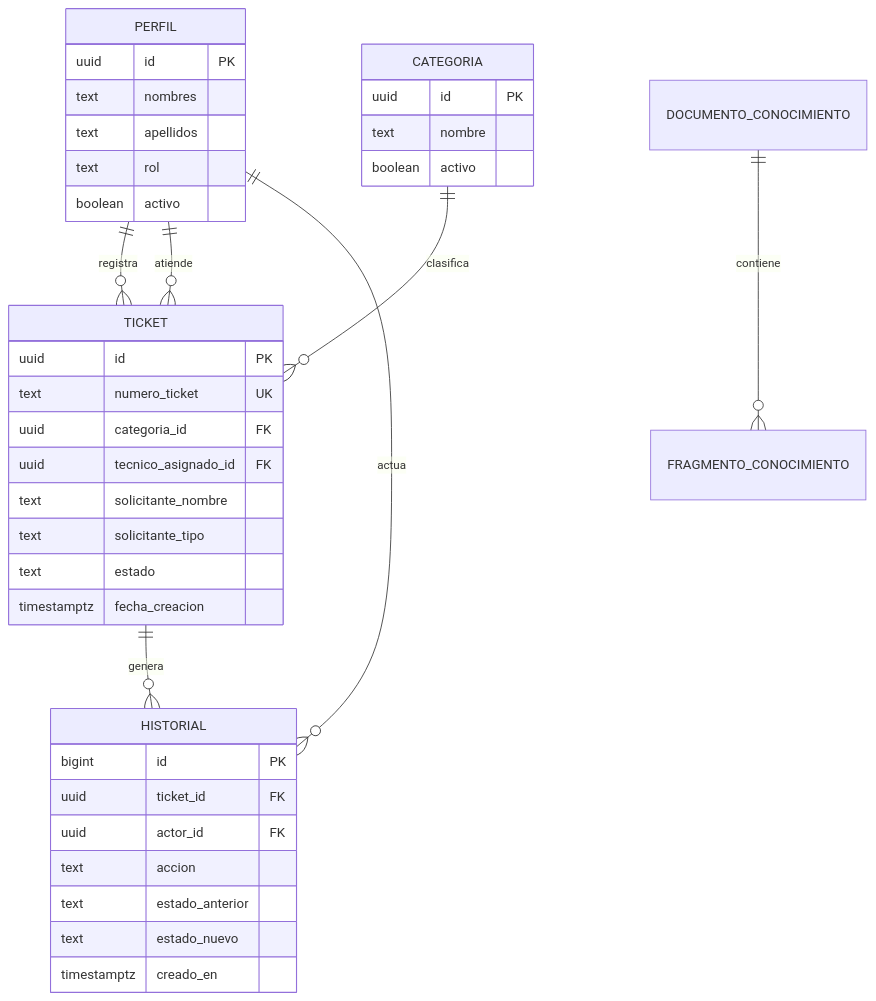
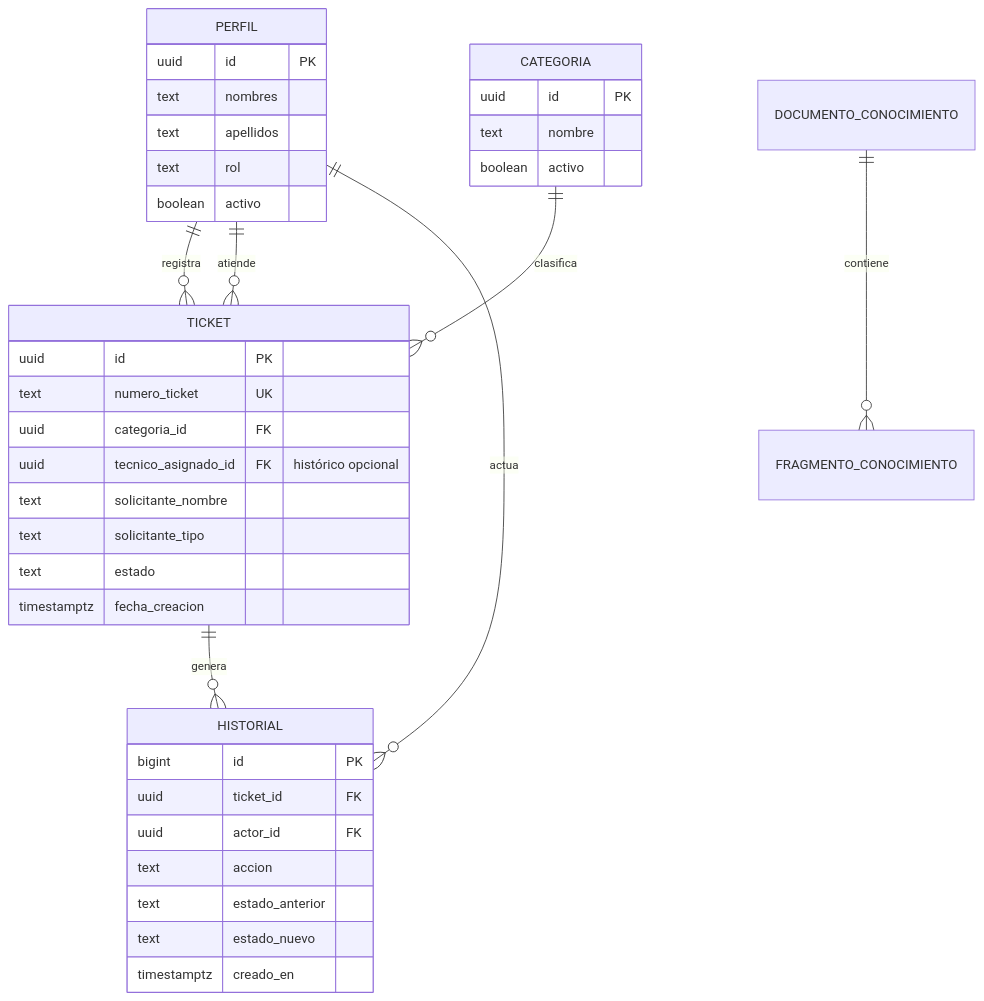
Before and after one commit to amena-otto/ti-smartdesk-ai: the second of 4 diagrams in docs/architecture.md, drawn with Mermaid. The commit also changed other lines of this file and 26 other files, not shown here.

````diff
--- a/docs/architecture.md
+++ b/docs/architecture.md
@@ -97,41 +97,41 @@
 ```mermaid
 erDiagram
   PERFIL ||--o{ TICKET : registra
   PERFIL ||--o{ TICKET : atiende
   CATEGORIA ||--o{ TICKET : clasifica
   TICKET ||--o{ HISTORIAL : genera
   PERFIL ||--o{ HISTORIAL : actua
   DOCUMENTO_CONOCIMIENTO ||--o{ FRAGMENTO_CONOCIMIENTO : contiene
 
   PERFIL {
     uuid id PK
     text nombres
     text apellidos
     text rol
     boolean activo
   }
   CATEGORIA {
     uuid id PK
     text nombre
     boolean activo
   }
   TICKET {
     uuid id PK
     text numero_ticket UK
     uuid categoria_id FK
-    uuid tecnico_asignado_id FK
+    uuid tecnico_asignado_id FK "histórico opcional"
     text solicitante_nombre
     text solicitante_tipo
     text estado
     timestamptz fecha_creacion
   }
   HISTORIAL {
     bigint id PK
     uuid ticket_id FK
     uuid actor_id FK
     text accion
     text estado_anterior
     text estado_nuevo
     timestamptz creado_en
   }
 ```
````
